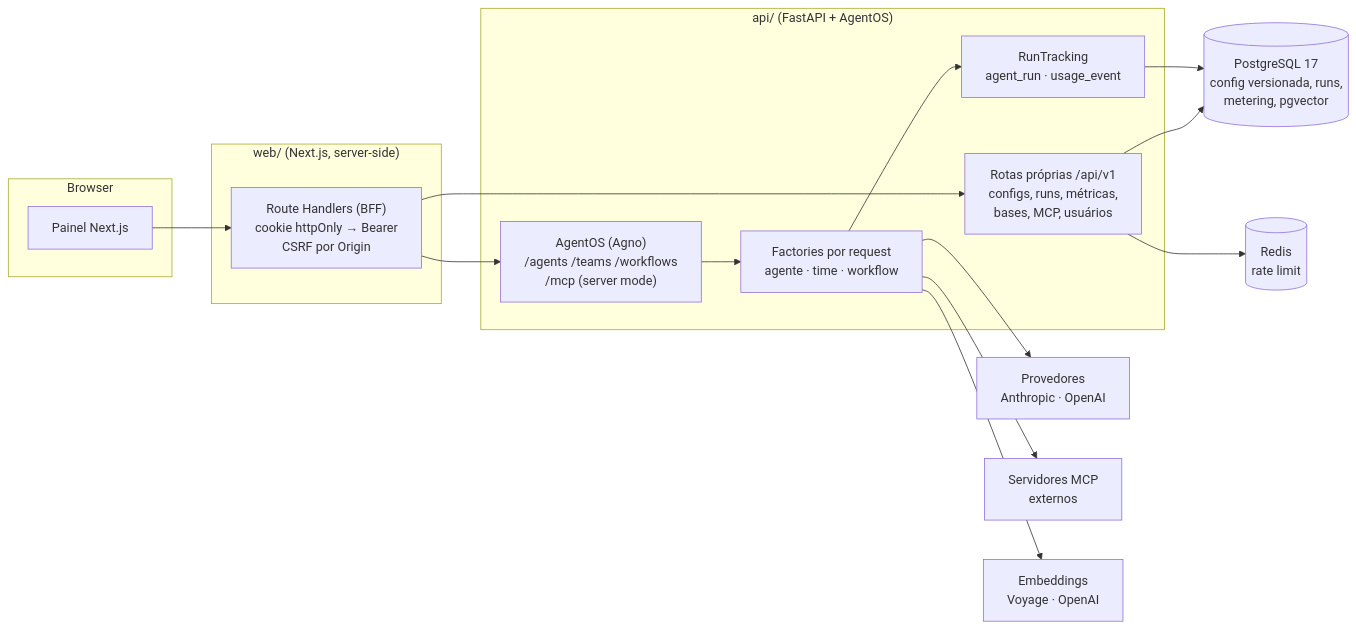
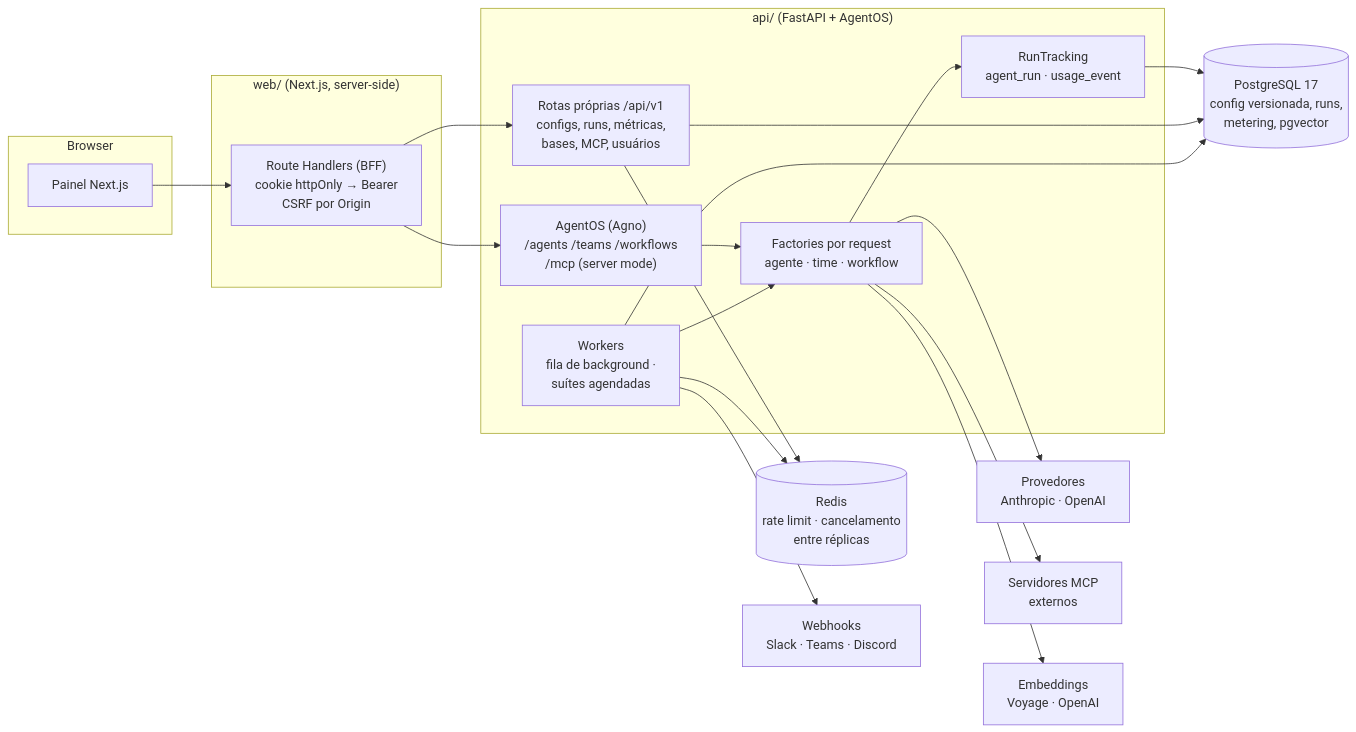
One commit to WellCod/automata changed the first of 2 diagrams in README.md. Above: the diagram before and after it, drawn with Mermaid. The commit also changed other lines of this file, not shown here.

Commit message:
docs: readme com recuperação por base, avisos, compactação, fila durável e números atuais

````diff
--- a/README.md
+++ b/README.md
@@ -152,26 +152,32 @@
 ```mermaid
 flowchart LR
     subgraph Browser
         UI[Painel Next.js]
     end
     subgraph web["web/ (Next.js, server-side)"]
         BFF["Route Handlers (BFF)<br/>cookie httpOnly → Bearer<br/>CSRF por Origin"]
     end
     subgraph api["api/ (FastAPI + AgentOS)"]
         R["Rotas próprias /api/v1<br/>configs, runs, métricas,<br/>bases, MCP, usuários"]
         OS["AgentOS (Agno)<br/>/agents /teams /workflows<br/>/mcp (server mode)"]
         F["Factories por request<br/>agente · time · workflow"]
         T["RunTracking<br/>agent_run · usage_event"]
+        W["Workers<br/>fila de background ·<br/>suítes agendadas"]
     end
     PG[("PostgreSQL 17<br/>config versionada, runs,<br/>metering, pgvector")]
-    RD[("Redis<br/>rate limit")]
+    RD[("Redis<br/>rate limit · cancelamento<br/>entre réplicas")]
     LLM["Provedores<br/>Anthropic · OpenAI"]
     MCP["Servidores MCP<br/>externos"]
     EMB["Embeddings<br/>Voyage · OpenAI"]
+    HOOK["Webhooks<br/>Slack · Teams · Discord"]
 
     UI --> BFF --> R & OS
     OS --> F --> T --> PG
     R --> PG
     R --> RD
     F --> LLM & MCP & EMB
+    W --> F
+    W --> PG
+    W --> RD
+    W --> HOOK
 ```
````
